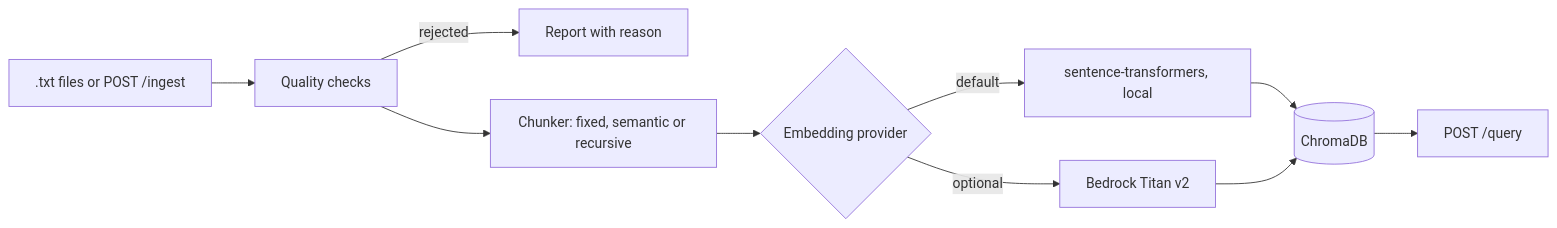
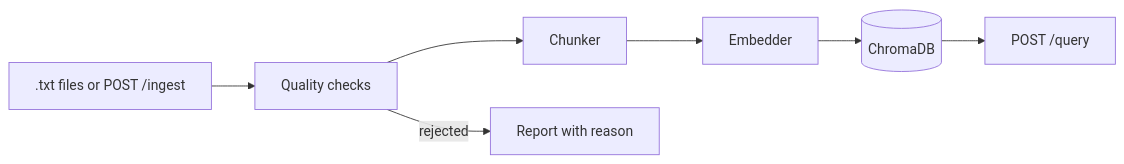
One commit to Srijareddy123/rag-document-pipeline changed the diagram in README.md. Above: the diagram before and after it, drawn with Mermaid. The commit also changed other lines of this file and 1 other file, not shown here.

````diff
--- a/README.md
+++ b/README.md
@@ -46,12 +25,5 @@
 ```mermaid
 flowchart LR
-    A[.txt files or POST /ingest] --> B[Quality checks]
+    A[.txt files or POST /ingest] --> B[Quality checks] --> C[Chunker] --> D[Embedder] --> E[(ChromaDB)] --> F[POST /query]
     B -->|rejected| R[Report with reason]
-    B --> C[Chunker: fixed, semantic or recursive]
-    C --> D{Embedding provider}
-    D -->|default| E[sentence-transformers, local]
-    D -->|optional| F[Bedrock Titan v2]
-    E --> G[(ChromaDB)]
-    F --> G
-    G --> H[POST /query]
 ```
````
